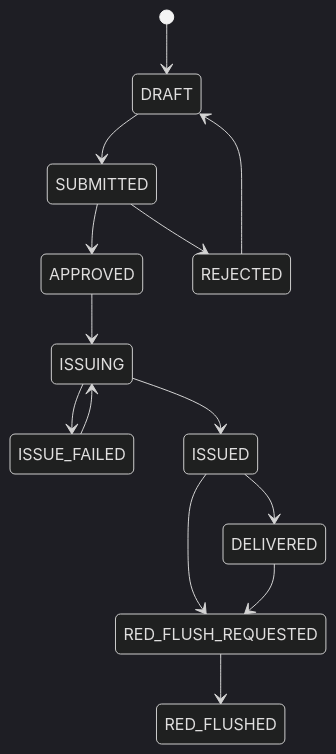
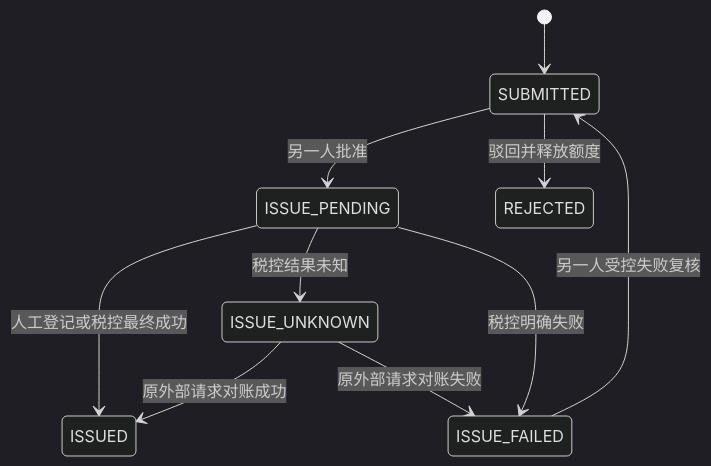
The second of 2 diagrams in 设计方案.md (J-S-Te/Settlement), drawn with Mermaid (dark theme) before and after one commit. The commit also changed other lines of this file and 107 other files, not shown here.

````diff
--- a/设计方案.md
+++ b/设计方案.md
@@ -77,16 +80,12 @@
 ```mermaid
 stateDiagram-v2
-    [*] --> DRAFT
-    DRAFT --> SUBMITTED
-    SUBMITTED --> APPROVED
-    SUBMITTED --> REJECTED
-    REJECTED --> DRAFT
-    APPROVED --> ISSUING
-    ISSUING --> ISSUE_FAILED
-    ISSUE_FAILED --> ISSUING
-    ISSUING --> ISSUED
-    ISSUED --> DELIVERED
-    ISSUED --> RED_FLUSH_REQUESTED
-    DELIVERED --> RED_FLUSH_REQUESTED
-    RED_FLUSH_REQUESTED --> RED_FLUSHED
+    [*] --> SUBMITTED
+    SUBMITTED --> ISSUE_PENDING: 另一人批准
+    SUBMITTED --> REJECTED: 驳回并释放额度
+    ISSUE_PENDING --> ISSUED: 人工登记或税控最终成功
+    ISSUE_PENDING --> ISSUE_UNKNOWN: 税控结果未知
+    ISSUE_PENDING --> ISSUE_FAILED: 税控明确失败
+    ISSUE_UNKNOWN --> ISSUED: 原外部请求对账成功
+    ISSUE_UNKNOWN --> ISSUE_FAILED: 原外部请求对账失败
+    ISSUE_FAILED --> SUBMITTED: 另一人受控失败复核
 ```
````
